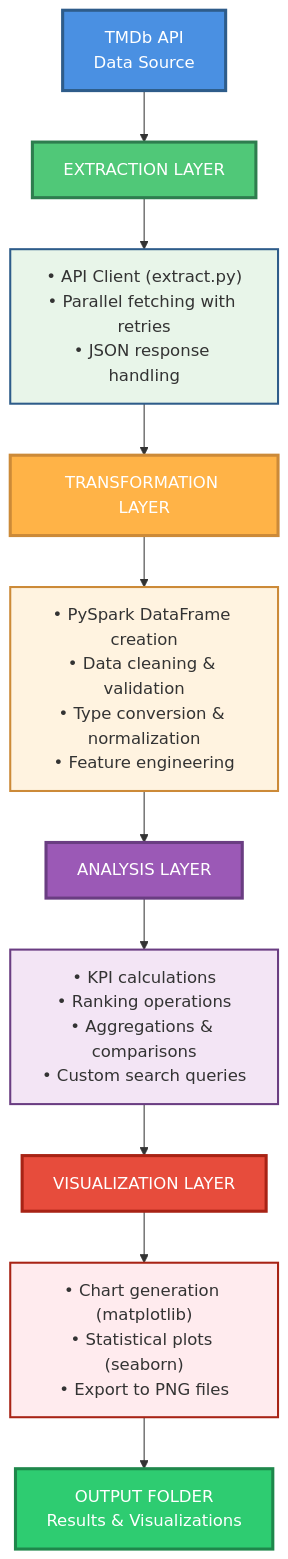
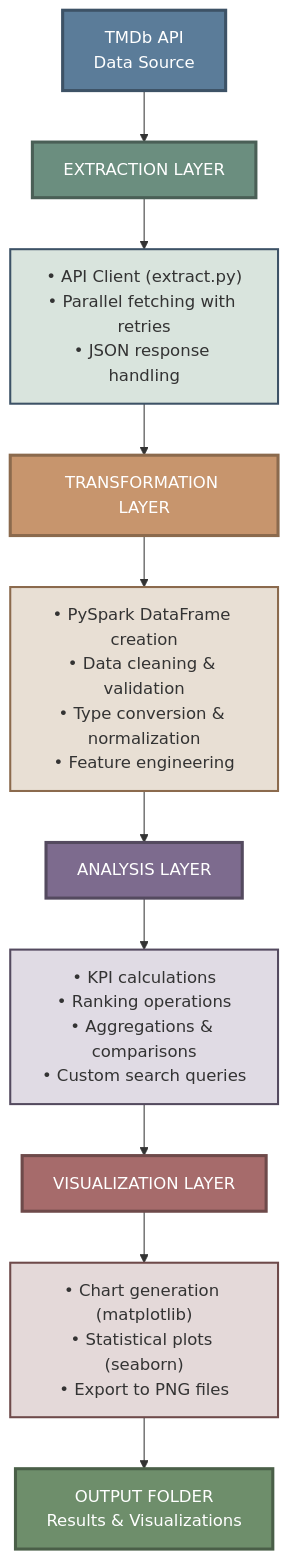
The diagram in README.md (evans-ankomah/TMDB-Movie-Data-Analysis-using-PySpark-and-APIs), drawn with Mermaid before and after one commit.

````diff
--- a/README.md
+++ b/README.md
@@ -82,31 +82,31 @@
 ```mermaid
 graph TD
     A[TMDb API<br/>Data Source] --> B[EXTRACTION LAYER]
     
     B --> B1["• API Client (extract.py)<br/>• Parallel fetching with retries<br/>• JSON response handling"]
     
     B1 --> C[TRANSFORMATION LAYER]
     
     C --> C1["• PySpark DataFrame creation<br/>• Data cleaning & validation<br/>• Type conversion & normalization<br/>• Feature engineering"]
     
     C1 --> D[ANALYSIS LAYER]
     
     D --> D1["• KPI calculations<br/>• Ranking operations<br/>• Aggregations & comparisons<br/>• Custom search queries"]
     
     D1 --> E[VISUALIZATION LAYER]
     
     E --> E1["• Chart generation (matplotlib)<br/>• Statistical plots (seaborn)<br/>• Export to PNG files"]
     
     E1 --> F[OUTPUT FOLDER<br/>Results & Visualizations]
     
-    style A fill:#4A90E2,stroke:#2E5C8A,stroke-width:3px,color:#fff
-    style B fill:#50C878,stroke:#2E7D4E,stroke-width:3px,color:#fff
-    style C fill:#FFB347,stroke:#CC8A38,stroke-width:3px,color:#fff
-    style D fill:#9B59B6,stroke:#6A3D82,stroke-width:3px,color:#fff
-    style E fill:#E74C3C,stroke:#A82315,stroke-width:3px,color:#fff
-    style F fill:#2ECC71,stroke:#1E874B,stroke-width:3px,color:#fff
-    style B1 fill:#E8F5E9,stroke:#2E5C8A,stroke-width:2px
-    style C1 fill:#FFF3E0,stroke:#CC8A38,stroke-width:2px
-    style D1 fill:#F3E5F5,stroke:#6A3D82,stroke-width:2px
-    style E1 fill:#FFEBEE,stroke:#A82315,stroke-width:2px
+    style A fill:#5B7C99,stroke:#3D5266,stroke-width:3px,color:#fff
+    style B fill:#6B8E7F,stroke:#4A5F56,stroke-width:3px,color:#fff
+    style C fill:#C7956D,stroke:#8B6A4D,stroke-width:3px,color:#fff
+    style D fill:#7D6B8E,stroke:#544A5F,stroke-width:3px,color:#fff
+    style E fill:#A66B6B,stroke:#6E4A4A,stroke-width:3px,color:#fff
+    style F fill:#6E8E6B,stroke:#4A5F48,stroke-width:3px,color:#fff
+    style B1 fill:#D9E4DD,stroke:#3D5266,stroke-width:2px
+    style C1 fill:#E8DFD4,stroke:#8B6A4D,stroke-width:2px
+    style D1 fill:#E0DBE4,stroke:#544A5F,stroke-width:2px
+    style E1 fill:#E4D9D9,stroke:#6E4A4A,stroke-width:2px
 ```
````
